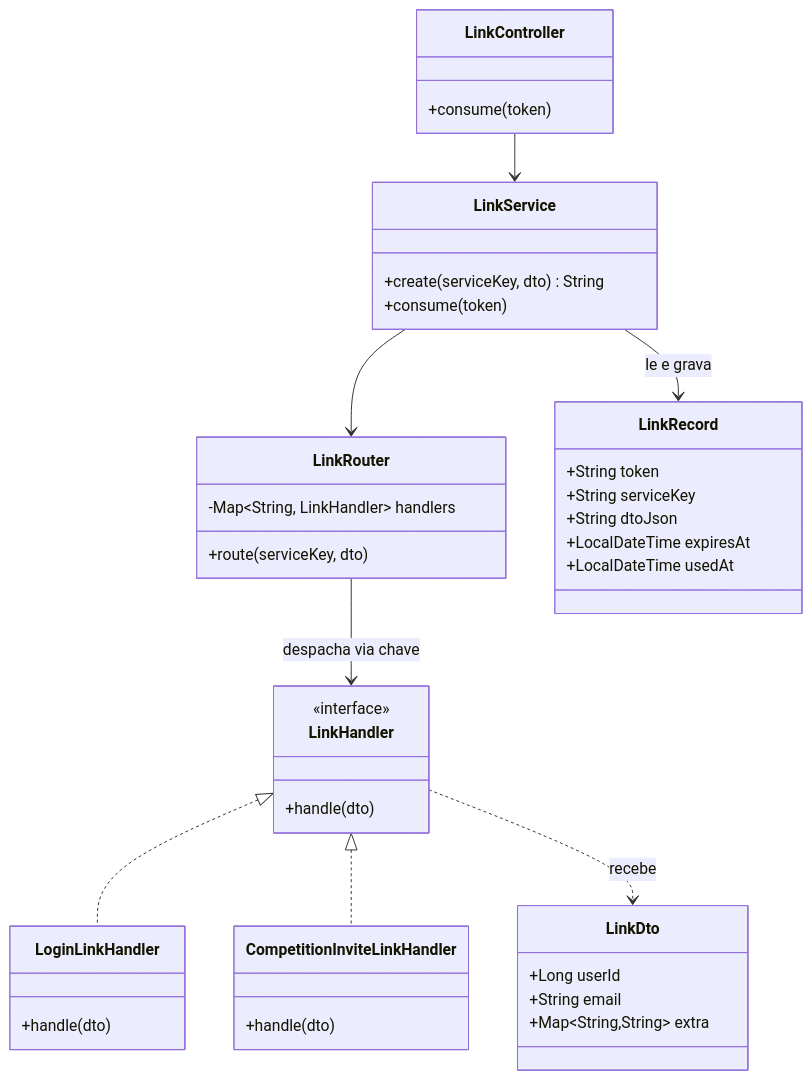
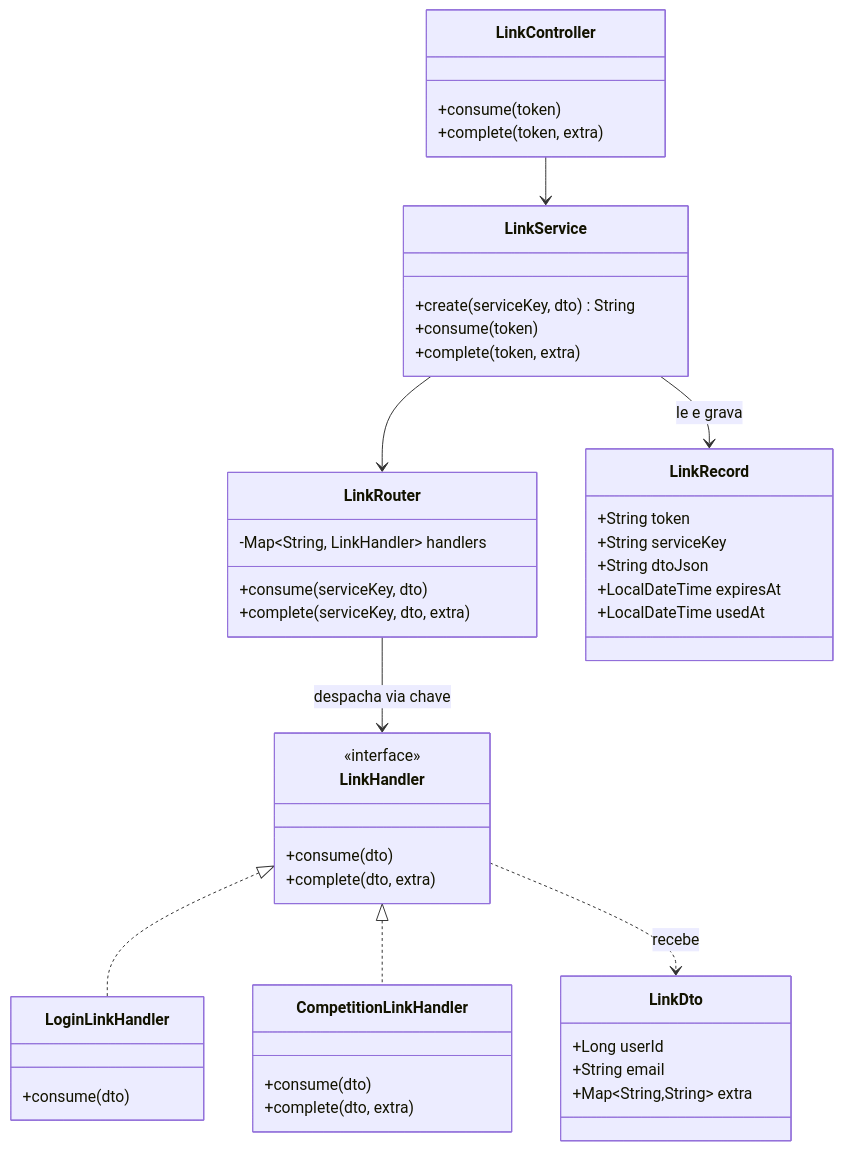
The second of 2 diagrams in specs/05-003-desacoplamento-login-link/spec.md (lalgarve/jogo-acoes), drawn with Mermaid before and after one commit. The commit also changed other lines of this file, not shown here.

First line of the commit message:
docs: reflect the resolved handler mapping in spec.md's diagram

````diff
--- a/specs/05-003-desacoplamento-login-link/spec.md
+++ b/specs/05-003-desacoplamento-login-link/spec.md
@@ -131,44 +130,49 @@
 ```mermaid
 classDiagram
     class LinkController {
         +consume(token)
+        +complete(token, extra)
     }
     class LinkService {
         +create(serviceKey, dto) String
         +consume(token)
+        +complete(token, extra)
     }
     class LinkRouter {
         -Map~String, LinkHandler~ handlers
-        +route(serviceKey, dto)
+        +consume(serviceKey, dto)
+        +complete(serviceKey, dto, extra)
     }
     class LinkRecord {
         +String token
         +String serviceKey
         +String dtoJson
         +LocalDateTime expiresAt
         +LocalDateTime usedAt
     }
     class LinkHandler {
         <<interface>>
-        +handle(dto)
+        +consume(dto)
+        +complete(dto, extra)
     }
     class LinkDto {
         +Long userId
         +String email
         +Map~String,String~ extra
     }
     class LoginLinkHandler {
-        +handle(dto)
+        +consume(dto)
     }
-    class CompetitionInviteLinkHandler {
-        +handle(dto)
+    class CompetitionLinkHandler {
+        +consume(dto)
+        +complete(dto, extra)
     }
 
     LinkController --> LinkService
     LinkService --> LinkRecord : le e grava
     LinkService --> LinkRouter
     LinkRouter --> LinkHandler : despacha via chave
     LinkHandler <|.. LoginLinkHandler
-    LinkHandler <|.. CompetitionInviteLinkHandler
+    LinkHandler <|.. CompetitionLinkHandler
     LinkHandler ..> LinkDto : recebe
 ```
````
